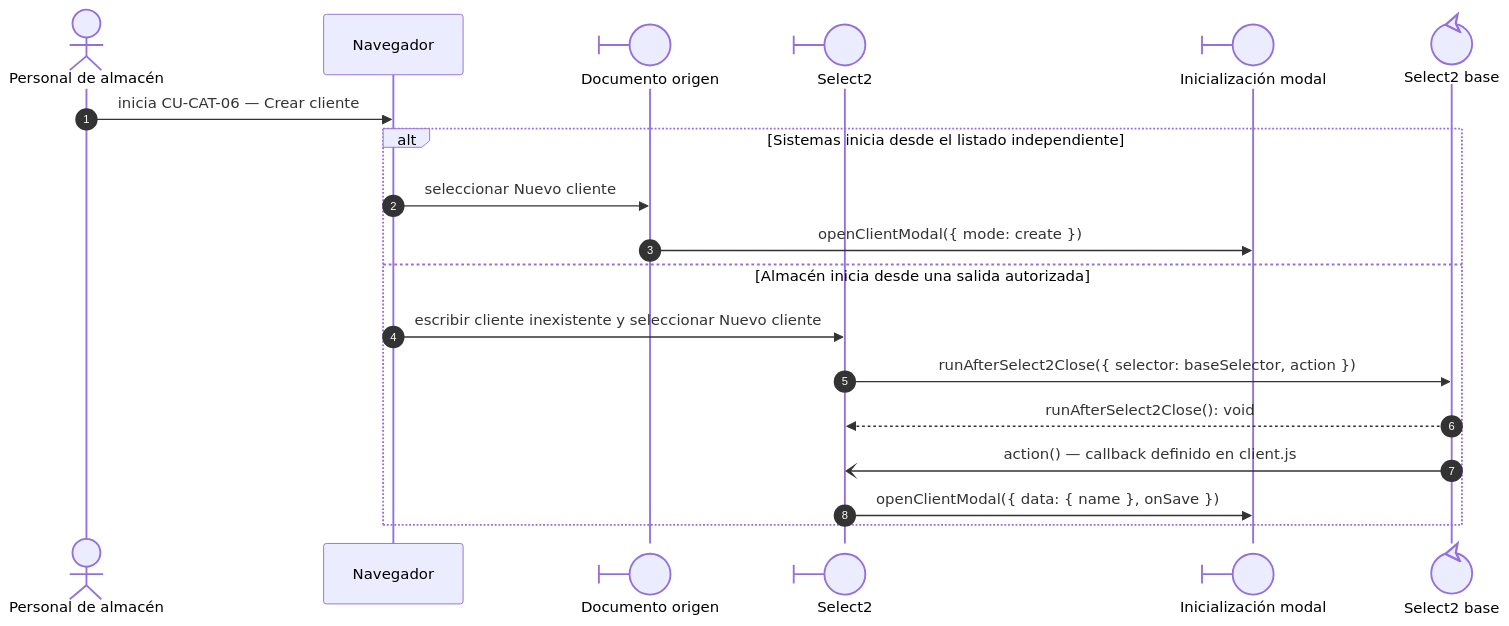
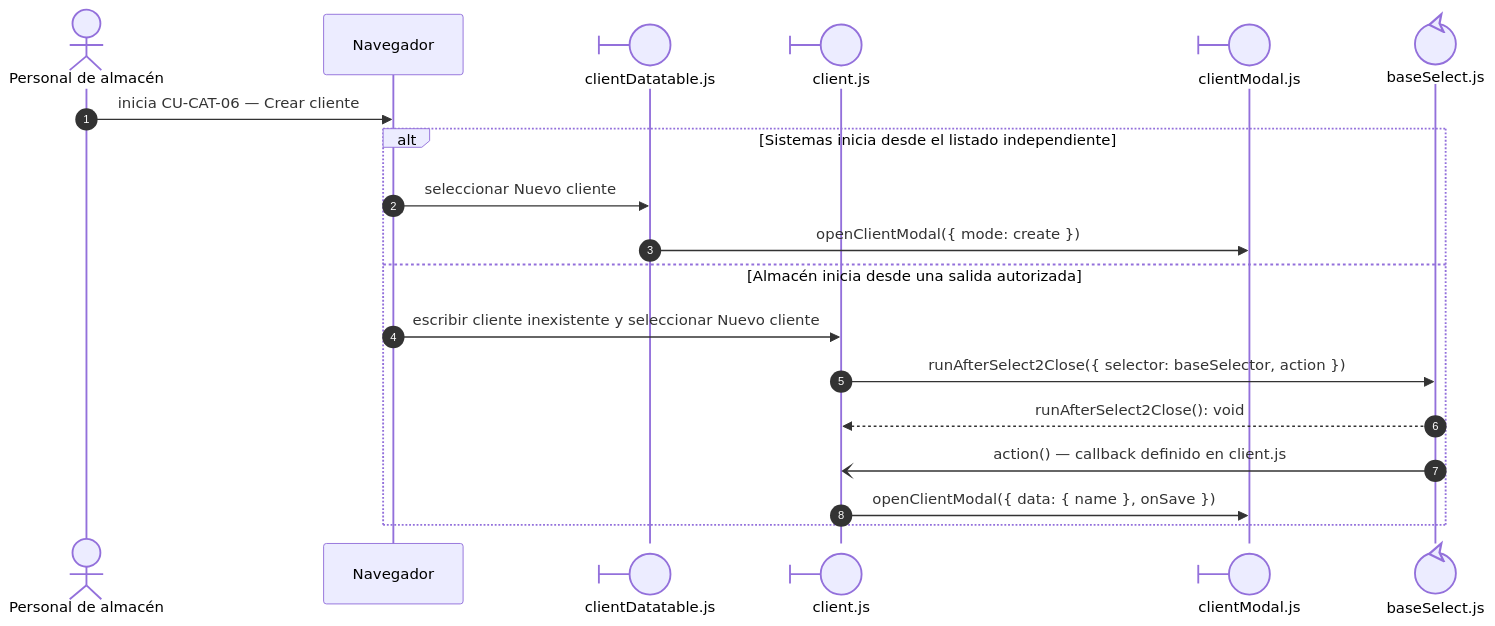
The second of 5 diagrams in docs/architecture/views/processes/frontend-code-sequences/catalogs/cu-cat-06.md (gpgsistemas01/nexus), drawn with Mermaid before and after one commit. The commit also changed other lines of this file and 192 other files, not shown here.

Commit message:
docs: make sequence file ownership explicit and align code flows

````diff
--- a/docs/architecture/views/processes/frontend-code-sequences/catalogs/cu-cat-06.md
+++ b/docs/architecture/views/processes/frontend-code-sequences/catalogs/cu-cat-06.md
@@ -39,23 +130,23 @@
 ```mermaid
 sequenceDiagram
     autonumber
     actor Initiator as Personal de almacén
     participant Browser as Navegador
-    participant Origin@{ "type": "boundary" } as Documento origen
-    participant Select@{ "type": "boundary" } as Select2
-    participant Modal@{ "type": "boundary" } as Inicialización modal
+    participant Origin@{ "type": "boundary" } as clientDatatable.js
+    participant Select@{ "type": "boundary" } as client.js
+    participant Modal@{ "type": "boundary" } as clientModal.js
 
-    participant SelectBase@{ "type": "control" } as Select2 base
+    participant SelectBase@{ "type": "control" } as baseSelect.js
 
     Initiator->>Browser: inicia CU-CAT-06 — Crear cliente
     alt Sistemas inicia desde el listado independiente
         Browser->>Origin: seleccionar Nuevo cliente
         Origin->>Modal: openClientModal({ mode: create })
     else Almacén inicia desde una salida autorizada
         Browser->>Select: escribir cliente inexistente y seleccionar Nuevo cliente
         Select->>SelectBase: runAfterSelect2Close({ selector: baseSelector, action })
         SelectBase-->>Select: runAfterSelect2Close(): void
         SelectBase-)Select: action() — callback definido en client.js
         Select->>Modal: openClientModal({ data: { name }, onSave })
     end
 ```
````
